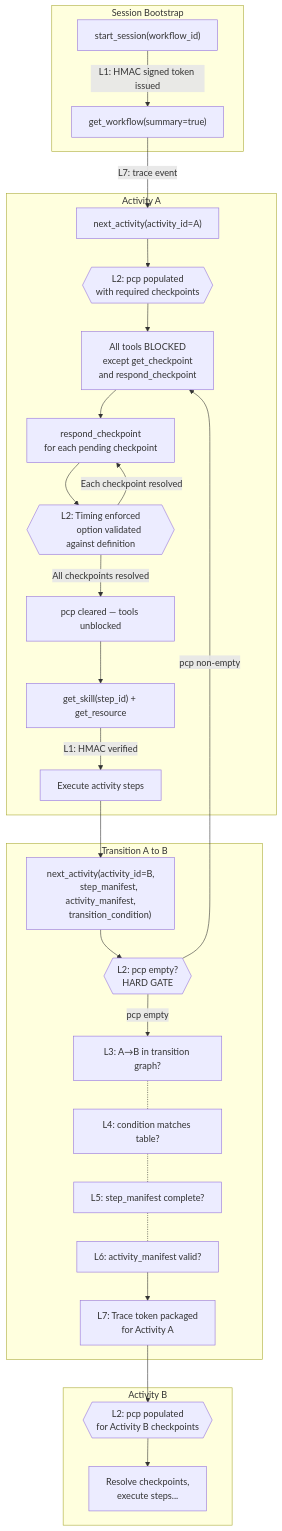
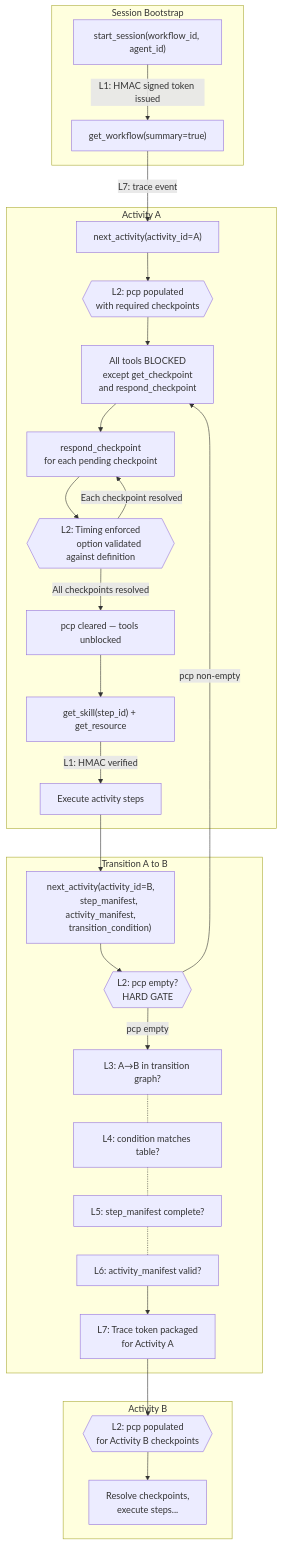
Before and after one commit to m2ux/workflow-server: the diagram in docs/workflow-fidelity.md, drawn with Mermaid. The commit also changed 1 other file, not shown here.

Commit message:
docs: Update start_session references to include required agent_id
Made-with: Cursor

````diff
--- a/docs/workflow-fidelity.md
+++ b/docs/workflow-fidelity.md
@@ -45,66 +45,66 @@
 ```mermaid
 flowchart TD
     subgraph bootstrap [Session Bootstrap]
-        startSession["start_session(workflow_id)"]
+        startSession["start_session(workflow_id, agent_id)"]
         getWorkflow["get_workflow(summary=true)"]
         startSession -->|"L1: HMAC signed token issued"| getWorkflow
     end
 
     subgraph actA [Activity A]
         nextA["next_activity(activity_id=A)"]
         cpGateA{{"L2: pcp populated
         with required checkpoints"}}
         toolsBlocked["All tools BLOCKED
         except get_checkpoint
         and respond_checkpoint"]
         respondCp["respond_checkpoint
         for each pending checkpoint"]
         cpTiming{{"L2: Timing enforced
         option validated against definition"}}
         pcpClear["pcp cleared — tools unblocked"]
         getSkill["get_skill(step_id) + get_resource"]
         executeSteps["Execute activity steps"]
     end
 
     subgraph transition [Transition A to B]
         nextB["next_activity(activity_id=B,
         step_manifest, activity_manifest,
         transition_condition)"]
         hardGate{{"L2: pcp empty?
         HARD GATE"}}
         transCheck["L3: A→B in transition graph?"]
         condCheck["L4: condition matches table?"]
         stepCheck["L5: step_manifest complete?"]
         actCheck["L6: activity_manifest valid?"]
         tracePackage["L7: Trace token packaged
         for Activity A"]
     end
 
     subgraph actB [Activity B]
         cpGateB{{"L2: pcp populated
         for Activity B checkpoints"}}
         continueB["Resolve checkpoints,
         execute steps..."]
     end
 
     getWorkflow -->|"L7: trace event"| nextA
     nextA --> cpGateA
     cpGateA --> toolsBlocked
     toolsBlocked --> respondCp
     respondCp --> cpTiming
     cpTiming -->|"Each checkpoint resolved"| respondCp
     cpTiming -->|"All checkpoints resolved"| pcpClear
     pcpClear --> getSkill
     getSkill -->|"L1: HMAC verified"| executeSteps
 
     executeSteps --> nextB
     nextB --> hardGate
     hardGate -->|"pcp non-empty"| toolsBlocked
     hardGate -->|"pcp empty"| transCheck
     transCheck -.- condCheck
     condCheck -.- stepCheck
     stepCheck -.- actCheck
     actCheck --> tracePackage
     tracePackage --> cpGateB
     cpGateB --> continueB
 ```
````
